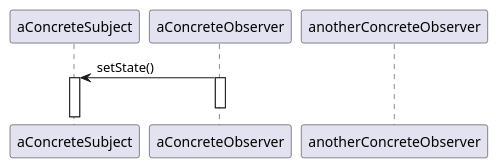
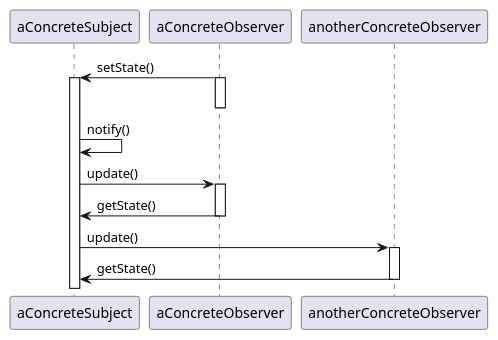
Before and after one commit to IceHe/icehe-lib: diagram 16 of 16 in snips/books/design-patterns.md, drawn with PlantUML. The commit also changed other lines of this file, not shown here.

````diff
--- a/snips/books/design-patterns.md
+++ b/snips/books/design-patterns.md
@@ -1191,13 +1191,24 @@
 ```plantuml
 @startuml
 participant aConcreteSubject
 participant aConcreteObserver
 participant anotherConcreteObserver
 
 aConcreteSubject <- aConcreteObserver : setState()
 activate aConcreteObserver
 deactivate aConcreteObserver
 
 activate aConcreteSubject
+aConcreteSubject -> aConcreteSubject : notify()
+
+aConcreteSubject -> aConcreteObserver : update()
+activate aConcreteObserver
+aConcreteSubject <- aConcreteObserver : getState()
+deactivate aConcreteObserver
+
+aConcreteSubject -> anotherConcreteObserver : update()
+activate anotherConcreteObserver
+aConcreteSubject <- anotherConcreteObserver : getState()
+deactivate anotherConcreteObserver
 @enduml
 ```
````
